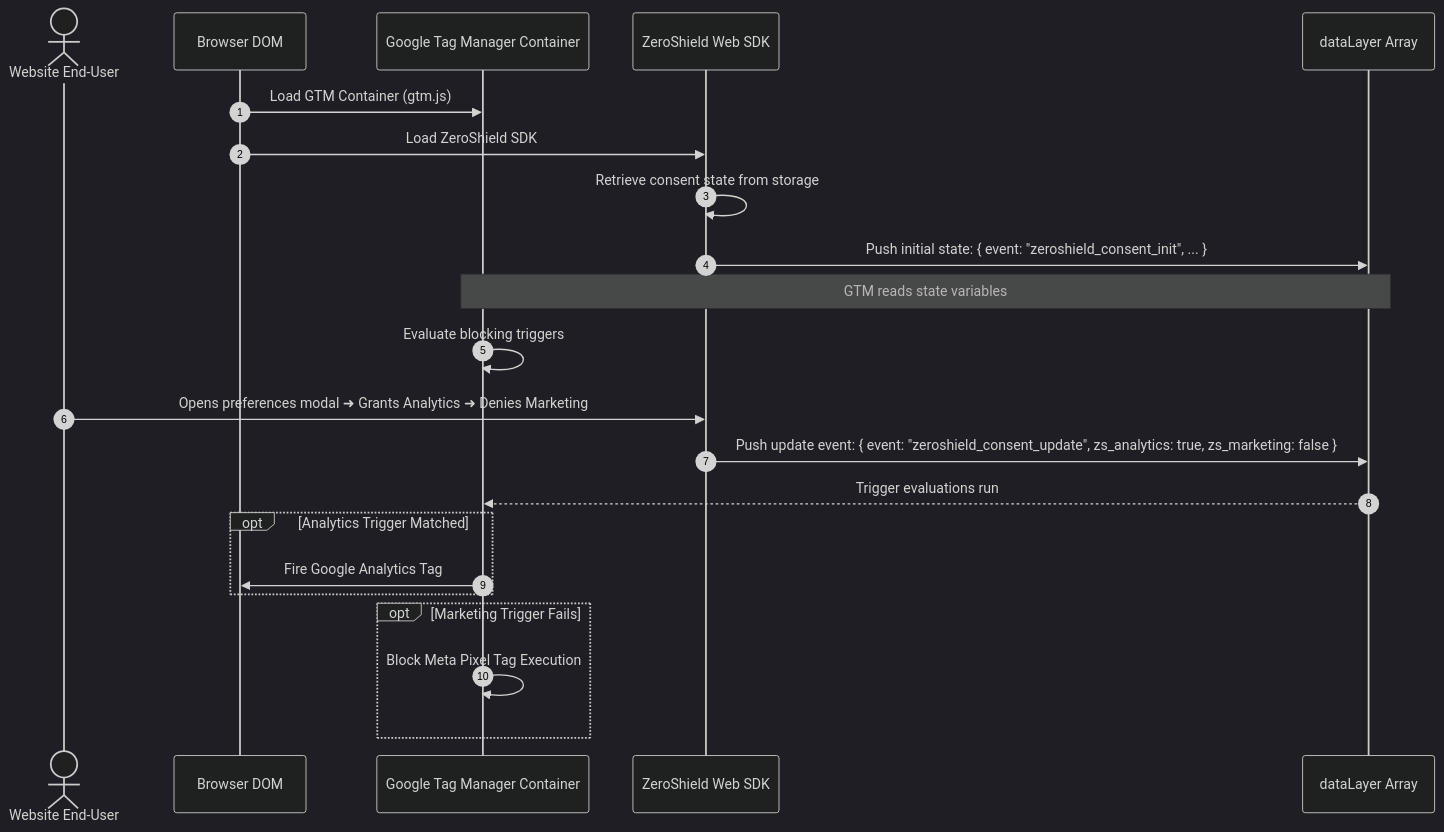
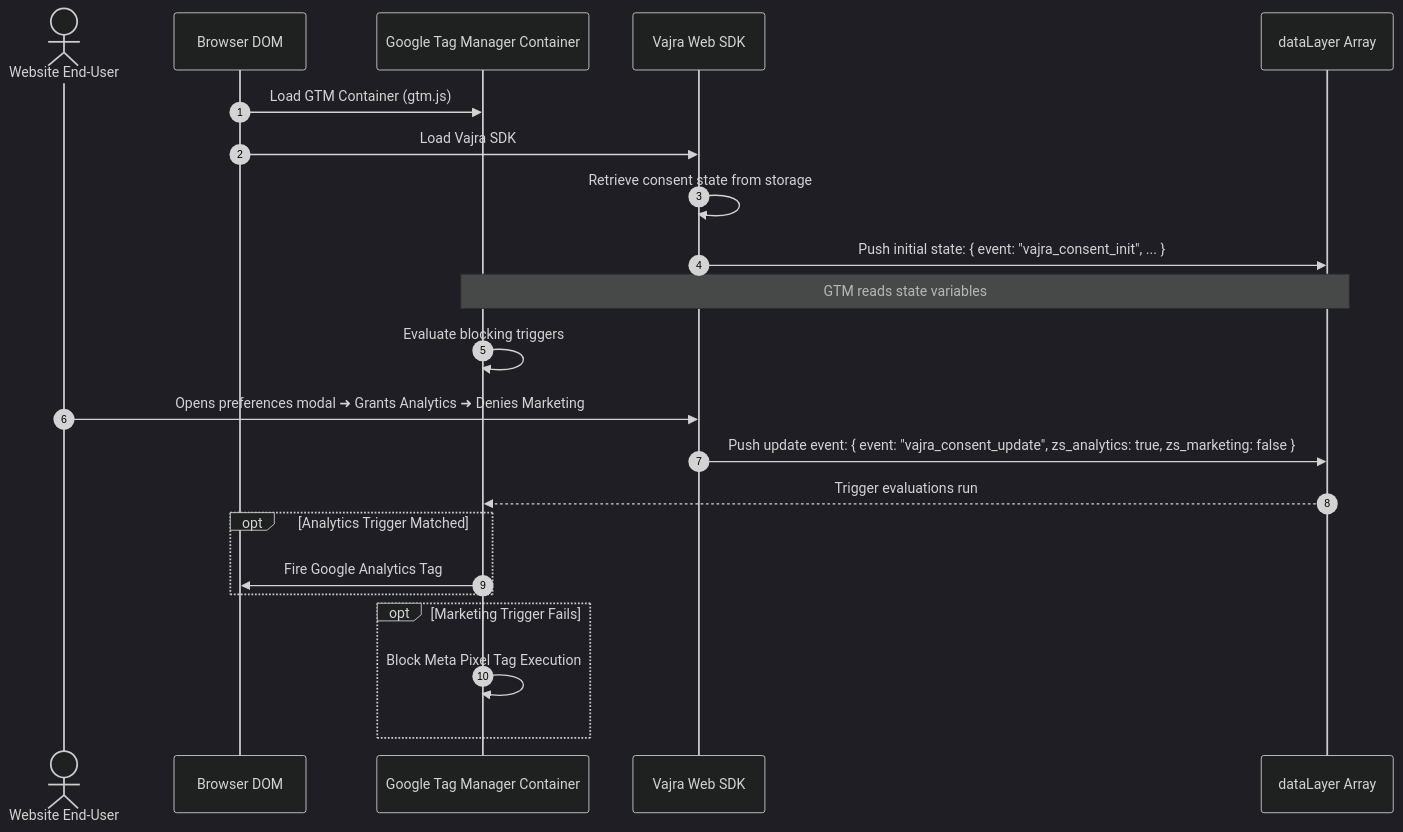
The second of 2 diagrams in docs/Integrations/tag_manager.md (shreyv7/hack), drawn with Mermaid (dark theme) before and after one commit. The commit also changed other lines of this file and 345 other files, not shown here.

````diff
--- a/docs/Integrations/tag_manager.md
+++ b/docs/Integrations/tag_manager.md
@@ -50,28 +50,28 @@
 ```mermaid
 sequenceDiagram
     autonumber
     actor Principal as Website End-User
     participant Browser as Browser DOM
     participant GTM as Google Tag Manager Container
-    participant SDK as ZeroShield Web SDK
+    participant SDK as Vajra Web SDK
     participant DL as dataLayer Array
 
     Browser->>GTM: Load GTM Container (gtm.js)
-    Browser->>SDK: Load ZeroShield SDK
+    Browser->>SDK: Load Vajra SDK
     SDK->>SDK: Retrieve consent state from storage
-    SDK->>DL: Push initial state: { event: "zeroshield_consent_init", ... }
+    SDK->>DL: Push initial state: { event: "vajra_consent_init", ... }
     
     Note over GTM, DL: GTM reads state variables
     GTM->>GTM: Evaluate blocking triggers
     
     Principal->>SDK: Opens preferences modal ➜ Grants Analytics ➜ Denies Marketing
-    SDK->>DL: Push update event: { event: "zeroshield_consent_update", zs_analytics: true, zs_marketing: false }
+    SDK->>DL: Push update event: { event: "vajra_consent_update", zs_analytics: true, zs_marketing: false }
     
     DL-->>GTM: Trigger evaluations run
     opt Analytics Trigger Matched
         GTM->>Browser: Fire Google Analytics Tag
     end
     opt Marketing Trigger Fails
         GTM->>GTM: Block Meta Pixel Tag Execution
     end
 ```
````
